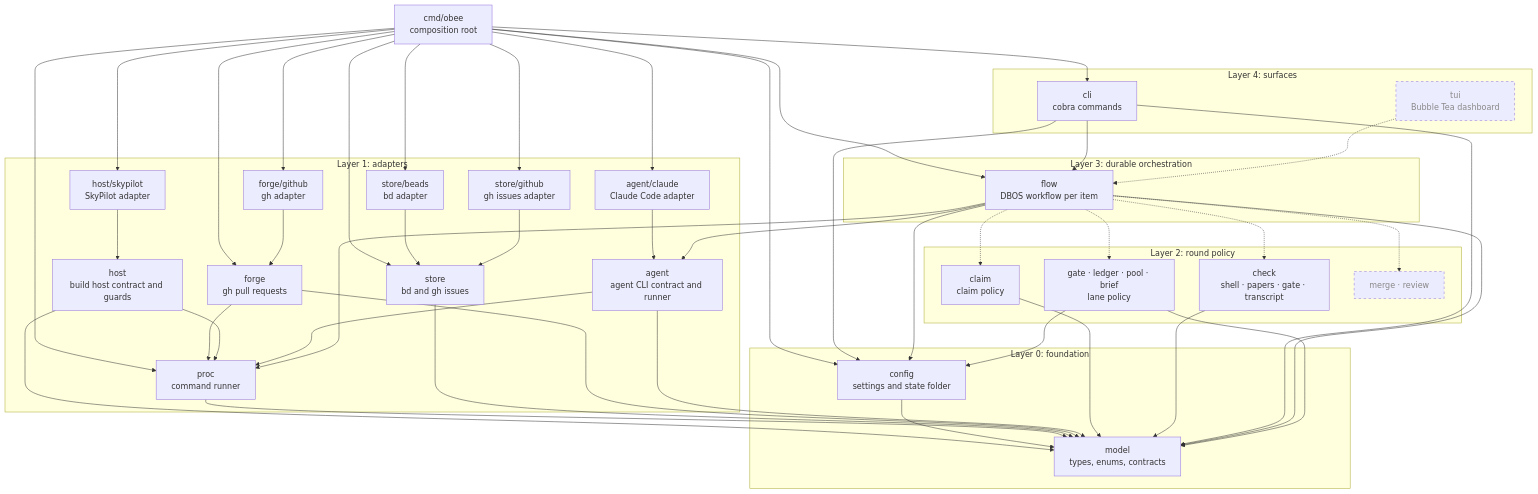
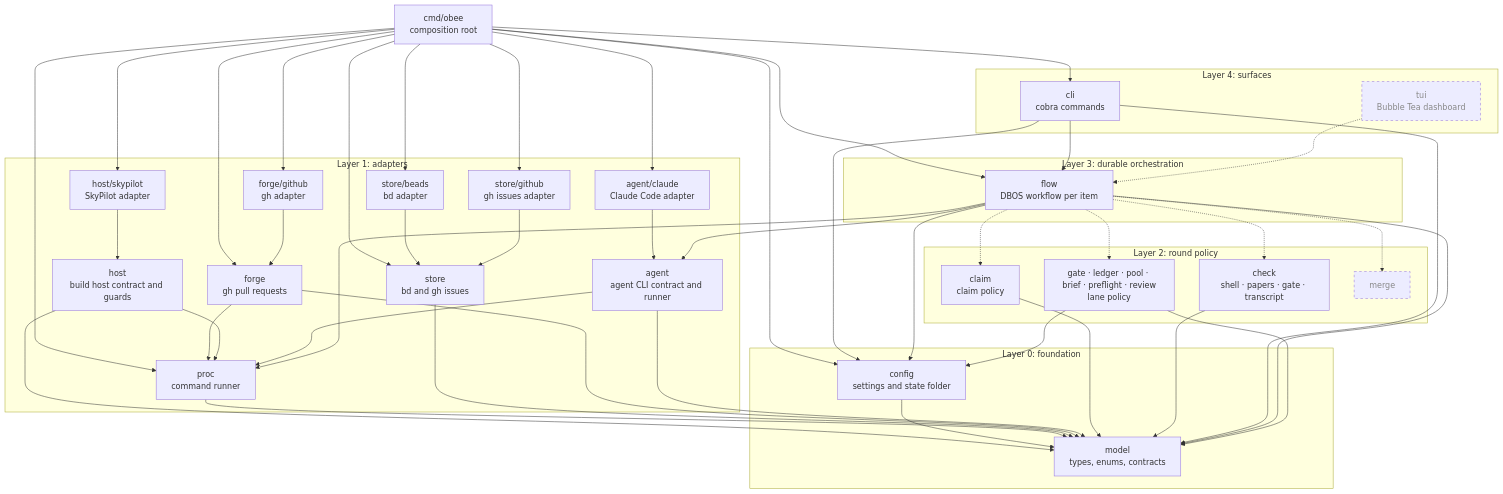
The first of 3 diagrams in docs/architecture.md (tobocop2/beehave), drawn with Mermaid before and after one commit. The commit also changed other lines of this file and 27 other files, not shown here.

```diff
--- a/docs/architecture.md
+++ b/docs/architecture.md
@@ -24,8 +24,8 @@
     subgraph L2["Layer 2: round policy"]
         claim["claim<br/>claim policy"]
         check["check<br/>shell · papers · gate · transcript"]
-        policy["gate · ledger · pool · brief<br/>lane policy"]
-        later["merge · review"]:::planned
+        policy["gate · ledger · pool · brief · preflight · review<br/>lane policy"]
+        later["merge"]:::planned
     end
 
     subgraph L1["Layer 1: adapters"]
```
